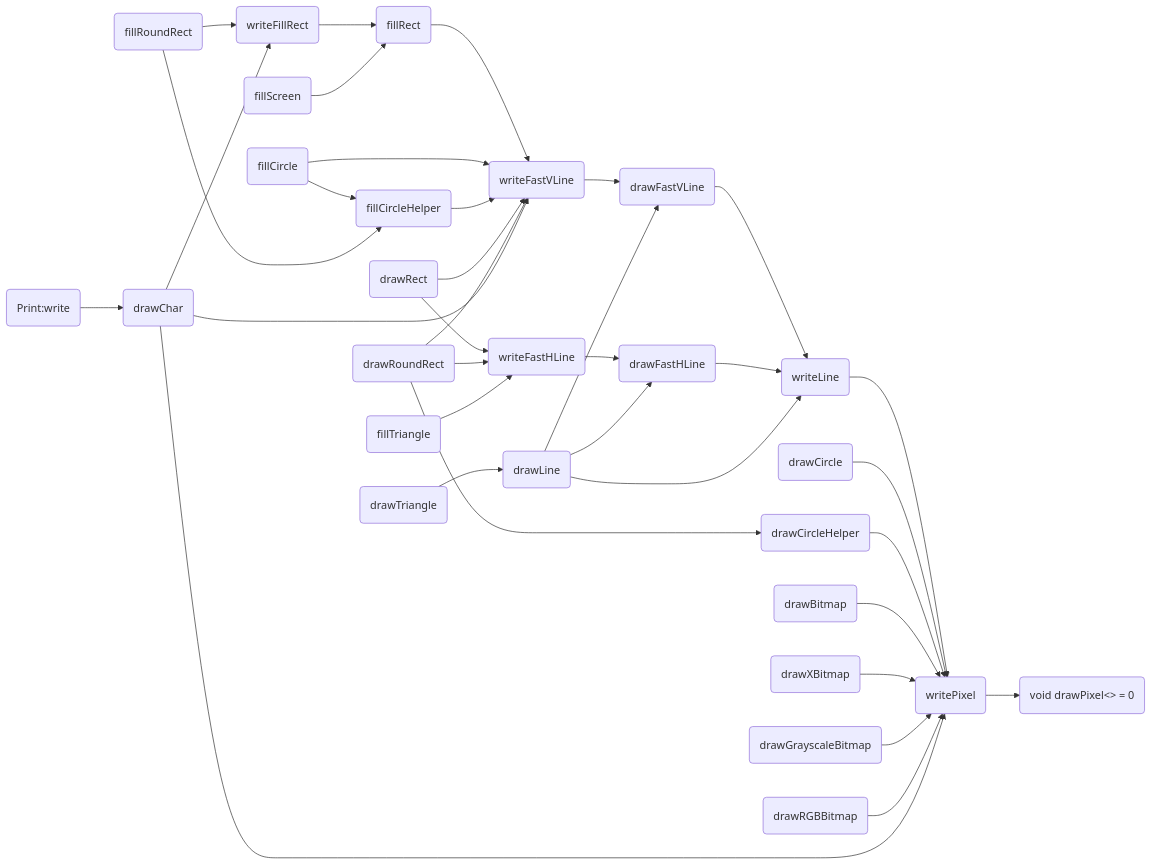
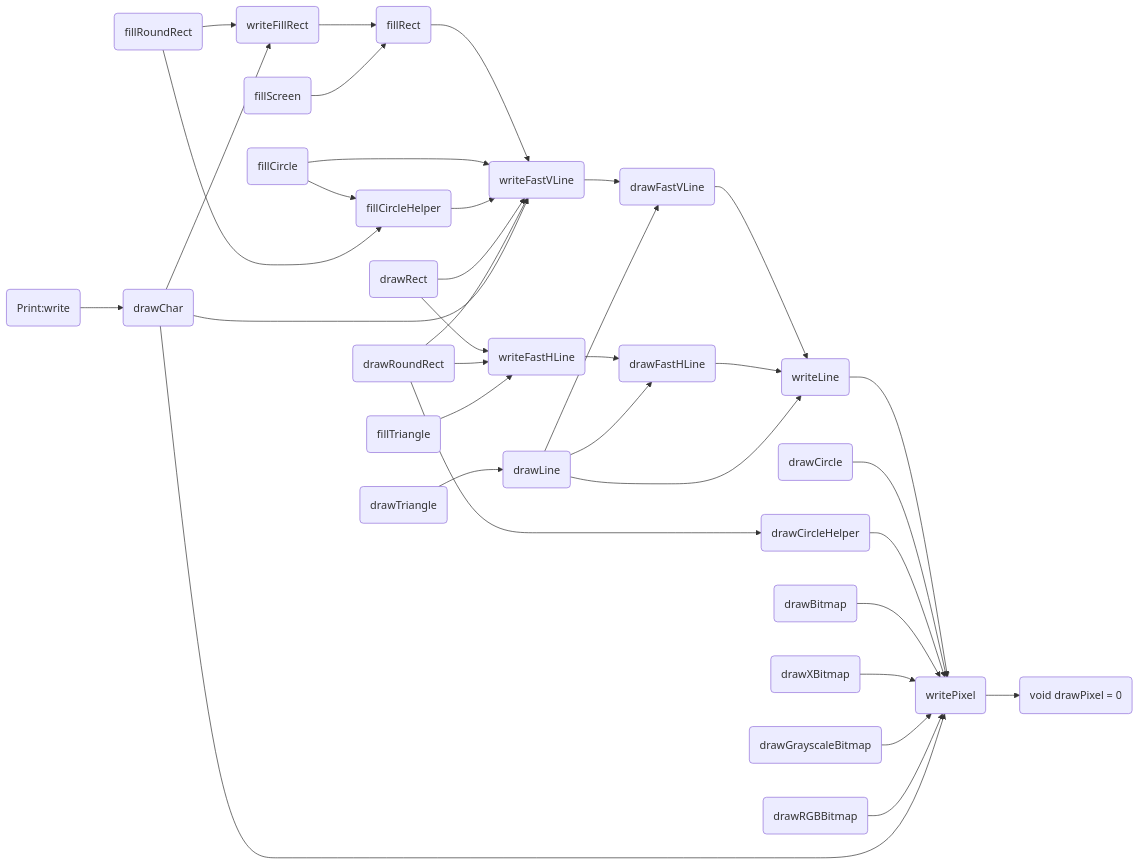
One commit to icodezhanglei/iodraw-files changed the diagram in all/未命名.md. Above: the diagram before and after it, drawn with Mermaid.

Commit message:
2024-09-13 18:51:33 update

````diff
--- a/all/未命名.md
+++ b/all/未命名.md
@@ -1,59 +1,59 @@
 ```mermaid
 flowchart LR
 
-drawPixel(void drawPixel<> = 0)
+drawPixel(void drawPixel = 0)
 writePixel(writePixel)
 writeFillRect(writeFillRect)
 writeFastVLine(writeFastVLine)
 writeFastHLine(writeFastHLine)
 writeLine(writeLine)
 drawFastVLine(drawFastVLine)
 drawFastHLine(drawFastHLine)
 fillRect(fillRect)
 fillScreen(fillScreen)
 drawLine(drawLine)
 drawRect(drawRect)
 drawCircle(drawCircle)
 drawCircleHelper(drawCircleHelper)
 fillCircle(fillCircle)
 fillCircleHelper(fillCircleHelper)
 drawTriangle(drawTriangle)
 fillTriangle(fillTriangle)
 drawRoundRect(drawRoundRect)
 fillRoundRect(fillRoundRect)
 drawBitmap(drawBitmap)
 drawXBitmap(drawXBitmap)
 drawGrayscaleBitmap(drawGrayscaleBitmap)
 drawRGBBitmap(drawRGBBitmap)
 drawChar(drawChar)
 write(Print:write)
 
 
 writeLine --> writePixel --> drawPixel
 
 writeFastVLine --> drawFastVLine
 drawFastVLine --> writeLine
 
 writeFastHLine --> drawFastHLine
 drawFastHLine --> writeLine
 
 writeFillRect --> fillRect --> writeFastVLine
 
 fillScreen --> fillRect
 drawLine --> drawFastVLine & drawFastHLine &  writeLine
 drawCircle -->  writePixel
 drawCircleHelper --> writePixel
 fillCircle --> writeFastVLine & fillCircleHelper
 fillCircleHelper --> writeFastVLine
 drawRect --> writeFastHLine & writeFastVLine
 drawRoundRect --> writeFastHLine & writeFastVLine & drawCircleHelper
 fillRoundRect -->  writeFillRect & fillCircleHelper
 drawTriangle --> drawLine
 fillTriangle --> writeFastHLine
 drawBitmap -->  writePixel
 drawXBitmap -->  writePixel
 drawGrayscaleBitmap -->  writePixel
 drawRGBBitmap --> writePixel
 drawChar --> writePixel & writeFillRect & writeFastVLine
 write --> drawChar
 ```
````
